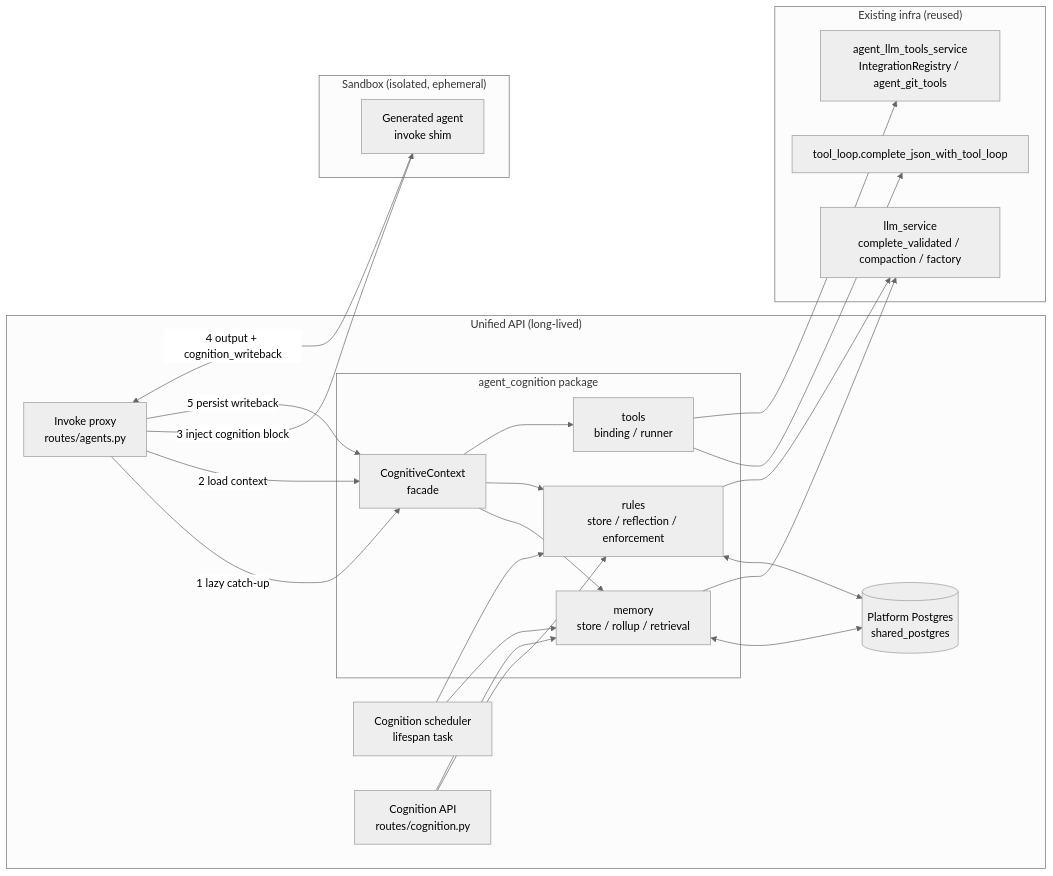
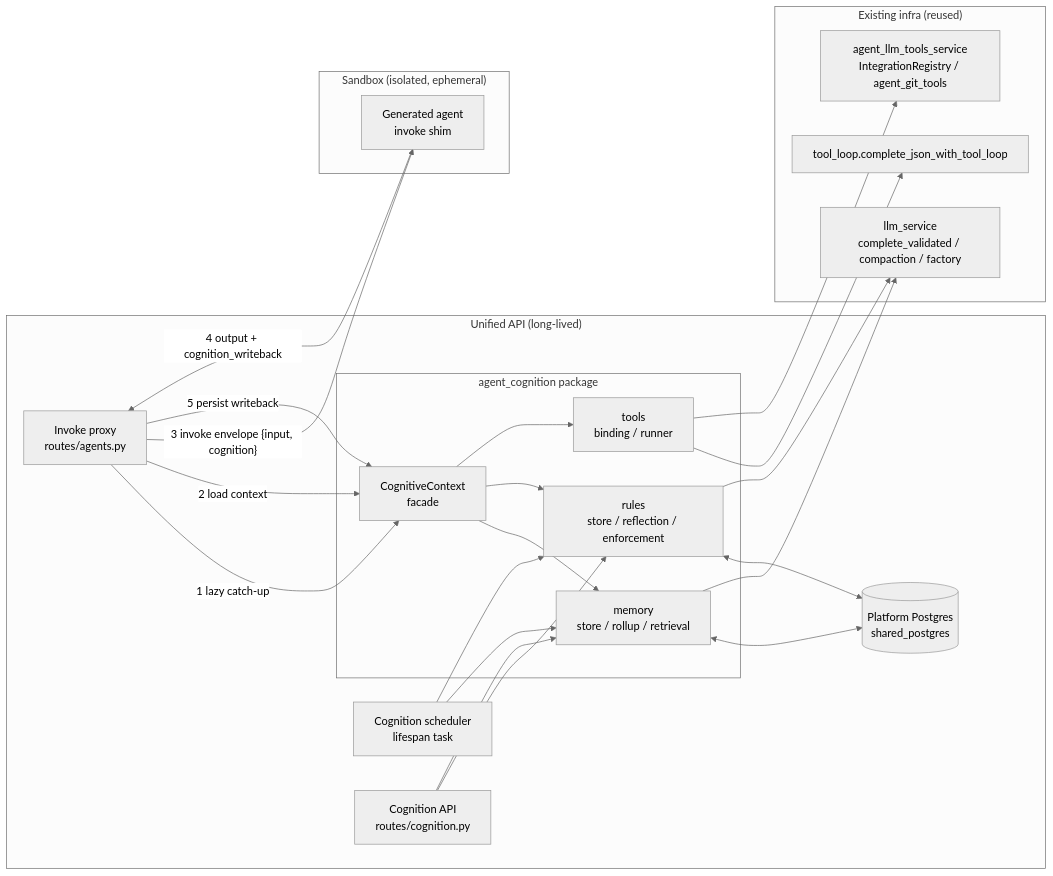
One commit to brandonkindred/Khala-Agentic-AI-Teams changed the second of 6 diagrams in backend/agents/agent_cognition/DESIGN.md. Above: the diagram before and after it, drawn with Mermaid (neutral theme). The commit also changed other lines of this file and 1 other file, not shown here.

First line of the commit message:
Address review round 5: execution-level idempotency, cognition envelope, superseded proposal state

````diff
--- a/backend/agents/agent_cognition/DESIGN.md
+++ b/backend/agents/agent_cognition/DESIGN.md
@@ -110,41 +110,41 @@
 ```mermaid
 flowchart LR
   subgraph Platform["Unified API (long-lived)"]
     PX[Invoke proxy<br/>routes/agents.py]
     SCH[Cognition scheduler<br/>lifespan task]
     HITL[Cognition API<br/>routes/cognition.py]
     subgraph CC["agent_cognition package"]
       CTX[CognitiveContext<br/>facade]
       MEM[memory<br/>store / rollup / retrieval]
       RUL[rules<br/>store / reflection / enforcement]
       TLS[tools<br/>binding / runner]
     end
     PG[(Platform Postgres<br/>shared_postgres)]
   end
 
   subgraph Ext["Existing infra (reused)"]
     LLM[llm_service<br/>complete_validated / compaction / factory]
     REG[agent_llm_tools_service<br/>IntegrationRegistry / agent_git_tools]
     LOOP[tool_loop.complete_json_with_tool_loop]
   end
 
   subgraph SB["Sandbox (isolated, ephemeral)"]
     AG[Generated agent<br/>invoke shim]
   end
 
   PX -- "1 lazy catch-up" --> CTX
   PX -- "2 load context" --> CTX
-  PX -- "3 inject cognition block" --> AG
+  PX -- "3 invoke envelope {input, cognition}" --> AG
   AG -- "4 output + cognition_writeback" --> PX
   PX -- "5 persist writeback" --> CTX
 
   CTX --> MEM & RUL & TLS
   MEM <--> PG
   RUL <--> PG
   TLS --> LOOP
   MEM --> LLM
   RUL --> LLM
   TLS --> REG
   SCH --> MEM & RUL
   HITL --> RUL & MEM
 ```
````
